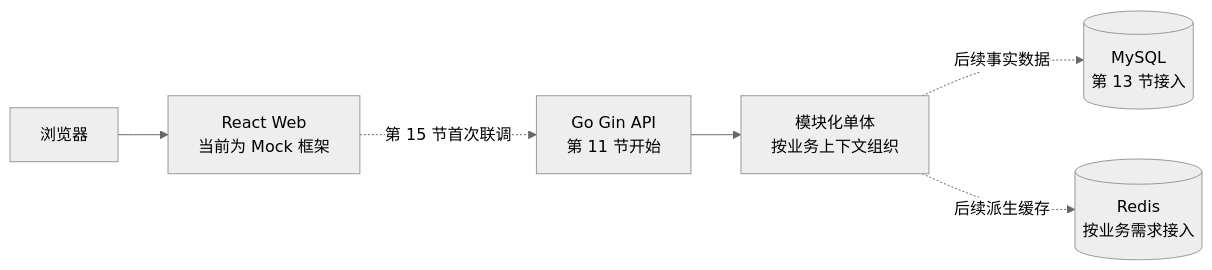
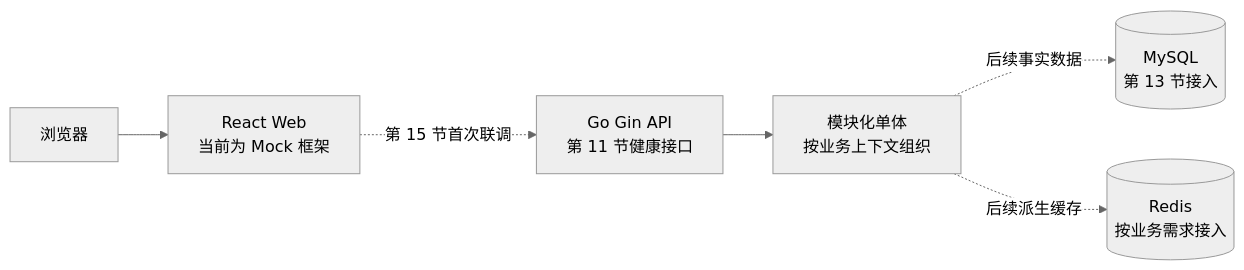
Before and after one commit to Atingaii/GrowthOS-Go: the fifth of 5 diagrams in docs/product/system-design-v0.md, drawn with Mermaid (neutral theme). The commit also changed other lines of this file and 18 other files, not shown here.

````diff
--- a/docs/product/system-design-v0.md
+++ b/docs/product/system-design-v0.md
@@ -189,15 +189,15 @@
 ```mermaid
 flowchart LR
     BROWSER[浏览器]
     WEB[React Web\n当前为 Mock 框架]
-    API[Go Gin API\n第 11 节开始]
+    API[Go Gin API\n第 11 节健康接口]
     MODULES[模块化单体\n按业务上下文组织]
     MYSQL[(MySQL\n第 13 节接入)]
     REDIS[(Redis\n按业务需求接入)]
 
     BROWSER --> WEB
     WEB -.第 15 节首次联调.-> API
     API --> MODULES
     MODULES -.后续事实数据.-> MYSQL
     MODULES -.后续派生缓存.-> REDIS
 ```
````
